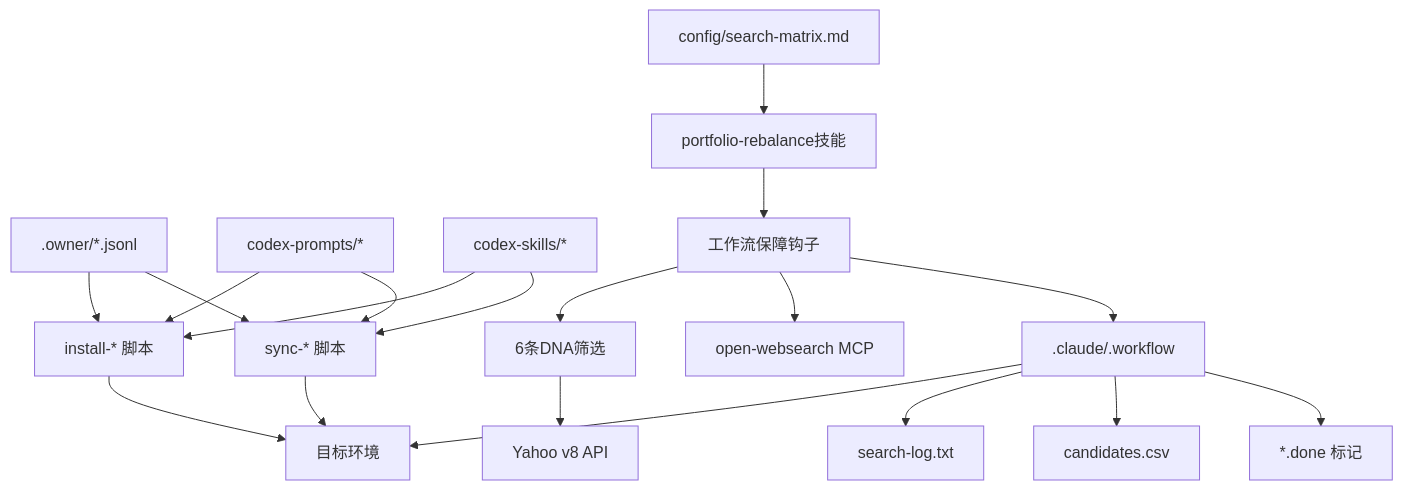
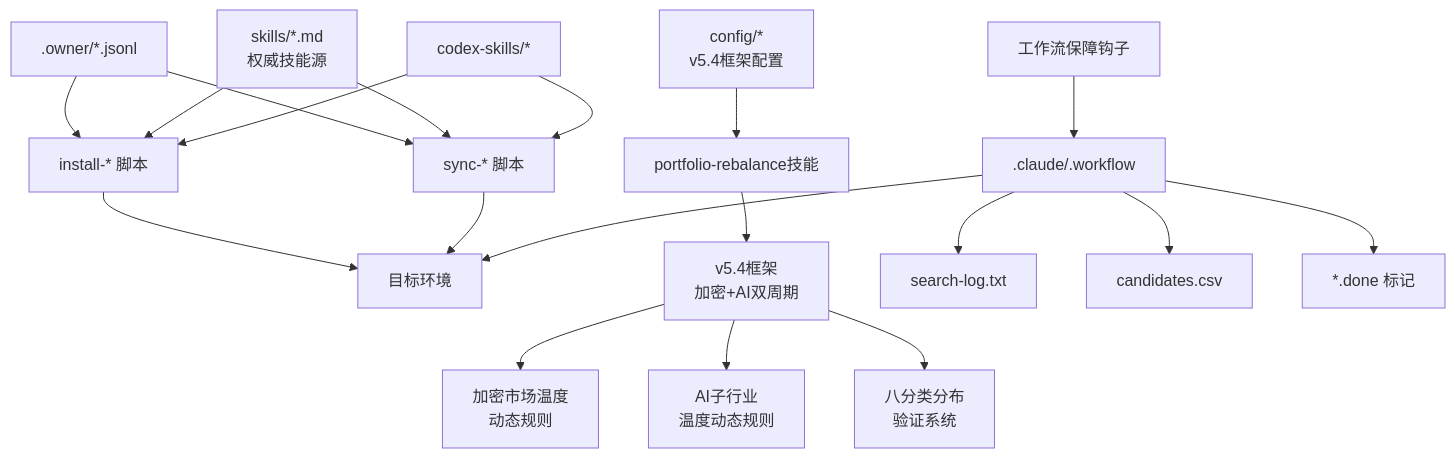
One commit to Ted-Engineer/ai-berkshire changed the eighth of 8 diagrams in .qoder/repowiki/zh/content/配置管理/配置管理.md. Above: the diagram before and after it, drawn with Mermaid. The commit also changed other lines of this file and 87 other files, not shown here.

````diff
--- a/.qoder/repowiki/zh/content/配置管理/配置管理.md
+++ b/.qoder/repowiki/zh/content/配置管理/配置管理.md
@@ -434,21 +505,21 @@
 ```mermaid
 graph TB
 J[".owner/*.jsonl"] --> I1["install-* 脚本"]
 J --> S1["sync-* 脚本"]
-P["codex-prompts/*"] --> I1
+P["skills/*.md<br/>权威技能源"] --> I1
 P --> S1
 SK["codex-skills/*"] --> I1
 SK --> S1
-M["config/search-matrix.md"] --> PR["portfolio-rebalance技能"]
+M["config/*<br/>v5.4框架配置"] --> PR["portfolio-rebalance技能"]
 I1 --> T["目标环境"]
 S1 --> T
-PR --> H["来源H: 爆发股猎手"]
-H --> D["6条DNA筛选"]
-D --> Y["Yahoo v8 API"]
-H --> O["open-websearch MCP"]
+PR --> K["v5.4框架<br/>加密+AI双周期"]
+K --> C["加密市场温度<br/>动态规则"]
+K --> A["AI子行业<br/>温度动态规则"]
+K --> V["八分类分布<br/>验证系统"]
 H["工作流保障钩子"] --> W[".claude/.workflow"]
 W --> T
 W --> SL["search-log.txt"]
 W --> CF["candidates.csv"]
 W --> DF["*.done 标记"]
 ```
````
